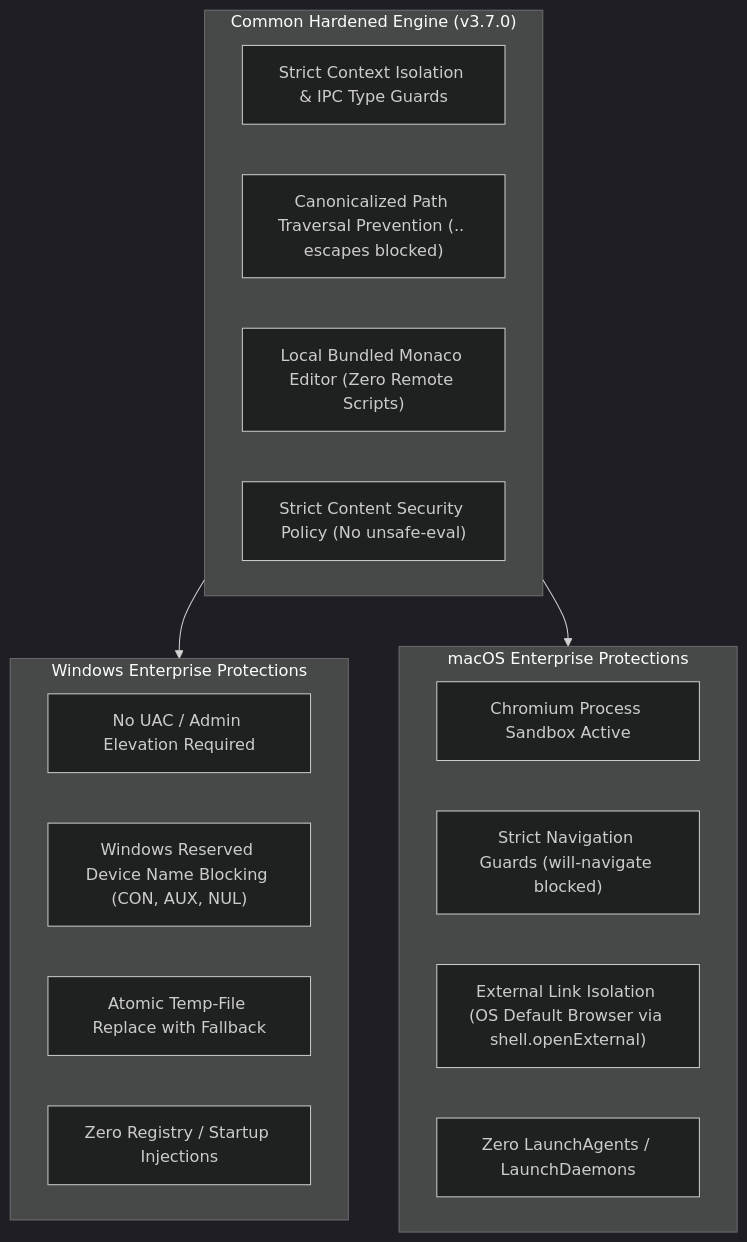
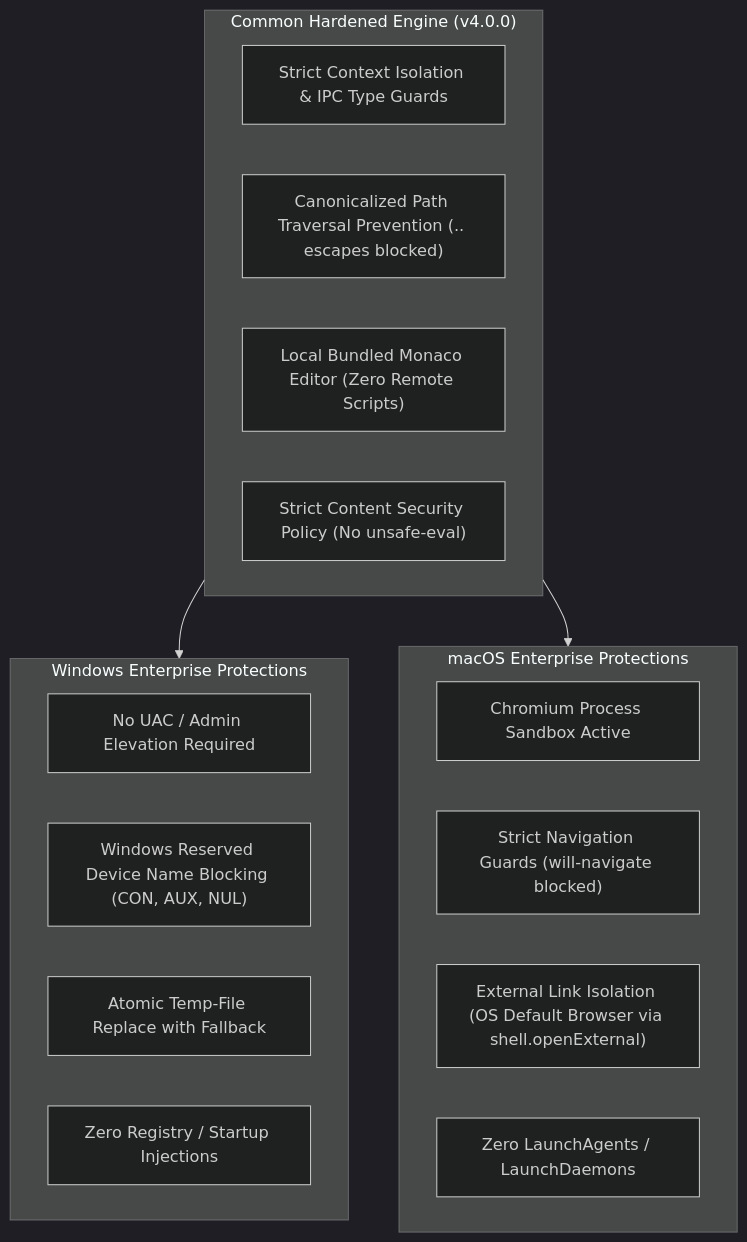
Before and after one commit to imarg97/Comparing_Tool: the diagram in docs/ENTERPRISE-SECURITY.md, drawn with Mermaid (dark theme). The commit also changed other lines of this file and 20 other files, not shown here.

````diff
--- a/docs/ENTERPRISE-SECURITY.md
+++ b/docs/ENTERPRISE-SECURITY.md
@@ -25,26 +25,26 @@
 ```mermaid
 flowchart TD
     subgraph WindowsSecurity["Windows Enterprise Protections"]
         W1["No UAC / Admin Elevation Required"]
         W2["Windows Reserved Device Name Blocking (CON, AUX, NUL)"]
         W3["Atomic Temp-File Replace with Fallback"]
         W4["Zero Registry / Startup Injections"]
     end
 
     subgraph MacOSSecurity["macOS Enterprise Protections"]
         M1["Chromium Process Sandbox Active"]
         M2["Strict Navigation Guards (will-navigate blocked)"]
         M3["External Link Isolation (OS Default Browser via shell.openExternal)"]
         M4["Zero LaunchAgents / LaunchDaemons"]
     end
 
-    subgraph CoreEngine["Common Hardened Engine (v3.7.0)"]
+    subgraph CoreEngine["Common Hardened Engine (v4.0.0)"]
         C1["Strict Context Isolation & IPC Type Guards"]
         C2["Canonicalized Path Traversal Prevention (.. escapes blocked)"]
         C3["Local Bundled Monaco Editor (Zero Remote Scripts)"]
         C4["Strict Content Security Policy (No unsafe-eval)"]
     end
 
     CoreEngine --> WindowsSecurity
     CoreEngine --> MacOSSecurity
 ```
````
